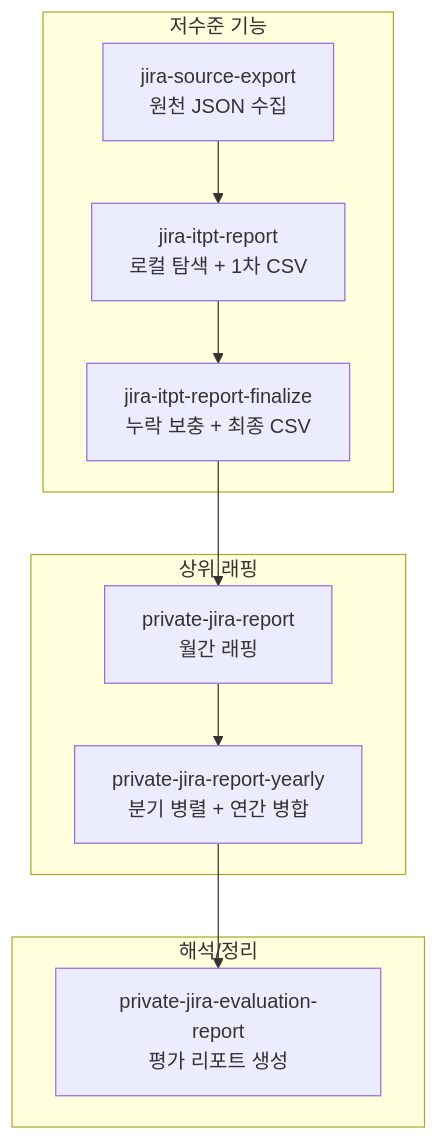
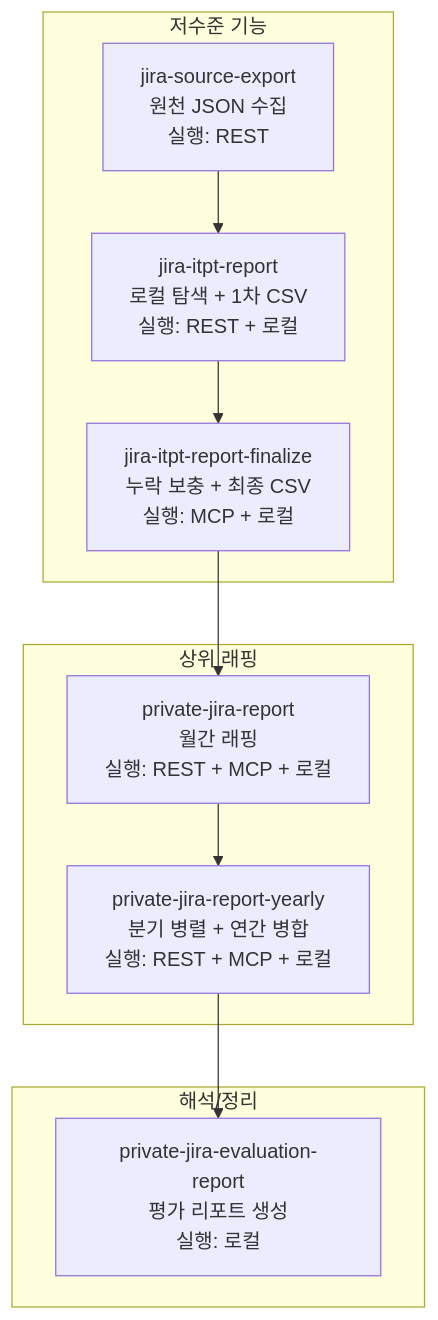
The diagram in README.md (TODOTODoTOdoTodotodo/private-jira-report-skills), drawn with Mermaid before and after one commit. The commit also changed other lines of this file, not shown here.

Commit message:
Annotate Mermaid nodes with execution mode

````diff
--- a/README.md
+++ b/README.md
@@ -157,23 +157,23 @@
 ```mermaid
 flowchart TD
-  A[jira-source-export\n원천 JSON 수집] --> B[jira-itpt-report\n로컬 탐색 + 1차 CSV]
-  B --> C[jira-itpt-report-finalize\n누락 보충 + 최종 CSV]
-  C --> D[private-jira-report\n월간 래핑]
-  D --> E[private-jira-report-yearly\n분기 병렬 + 연간 병합]
-  E --> F[private-jira-evaluation-report\n평가 리포트 생성]
+  A[jira-source-export<br/>원천 JSON 수집<br/>실행: REST] --> B[jira-itpt-report<br/>로컬 탐색 + 1차 CSV<br/>실행: REST + 로컬]
+  B --> C[jira-itpt-report-finalize<br/>누락 보충 + 최종 CSV<br/>실행: MCP + 로컬]
+  C --> D[private-jira-report<br/>월간 래핑<br/>실행: REST + MCP + 로컬]
+  D --> E[private-jira-report-yearly<br/>분기 병렬 + 연간 병합<br/>실행: REST + MCP + 로컬]
+  E --> F[private-jira-evaluation-report<br/>평가 리포트 생성<br/>실행: 로컬]
 
   subgraph Base["저수준 기능"]
     A
     B
     C
   end
 
   subgraph Wrapper["상위 래핑"]
     D
     E
   end
 
   subgraph Output["해석/정리"]
     F
   end
 ```
````
